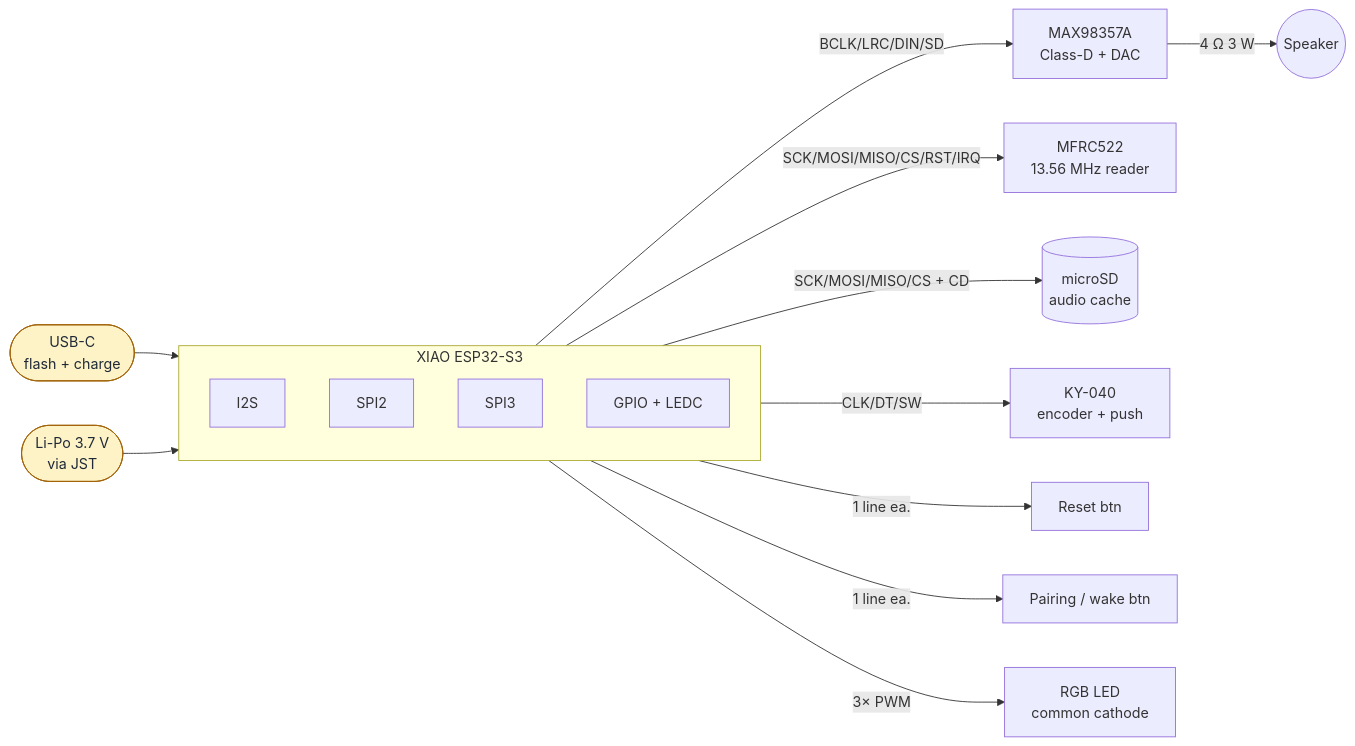
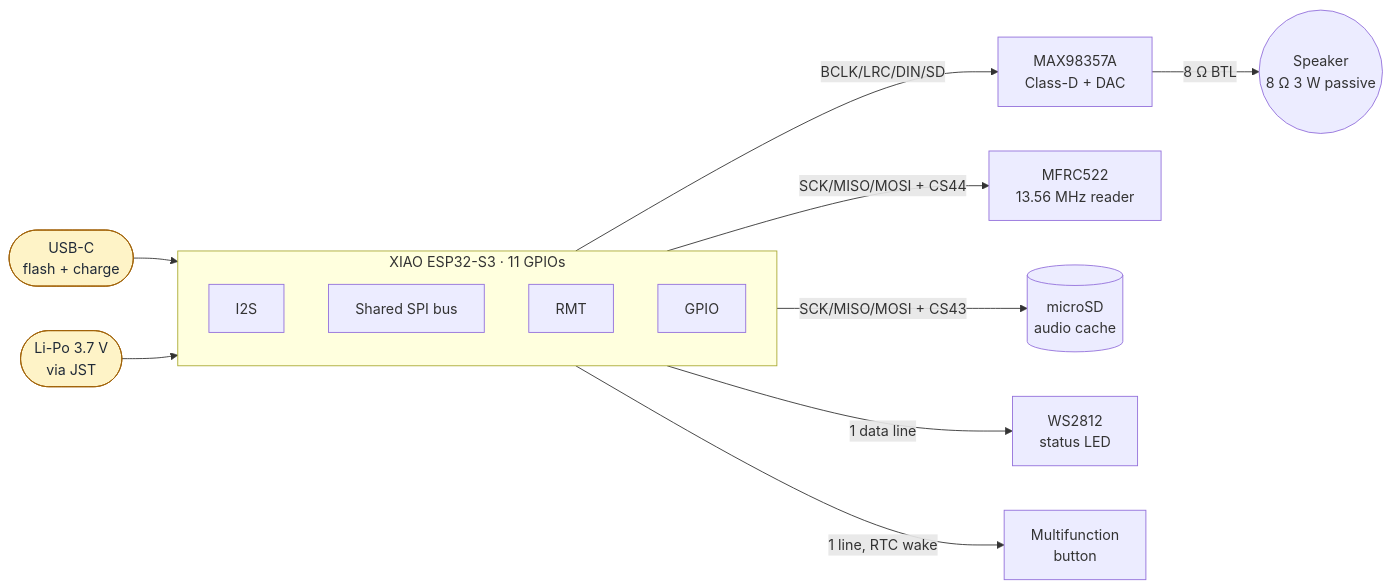
The diagram in docs/HARDWARE.md (open-hush/hush-device), drawn with Mermaid before and after one commit. The commit also changed other lines of this file and 17 other files, not shown here.

First line of the commit message:
fix(hw): reconcile pin map, drivers and docs to the real XIAO ESP32-S3 (v1)

````diff
--- a/docs/HARDWARE.md
+++ b/docs/HARDWARE.md
@@ -16,24 +18,22 @@
 ```mermaid
 flowchart LR
     USB([USB-C<br/>flash + charge]):::power --> XIAO
     BAT([Li-Po 3.7 V<br/>via JST]):::power --> XIAO
 
-    subgraph XIAO[XIAO ESP32-S3]
+    subgraph XIAO[XIAO ESP32-S3 · 11 GPIOs]
         direction TB
         I2S[I2S]
-        SPI2[SPI2]
-        SPI3[SPI3]
-        GPIO[GPIO + LEDC]
+        SPI[Shared SPI bus]
+        RMT[RMT]
+        GPIO[GPIO]
     end
 
-    I2S  -- BCLK/LRC/DIN/SD --> AMP[MAX98357A<br/>Class-D + DAC]
-    AMP  -- 4 Ω 3 W --> SPK((Speaker))
-    SPI2 -- SCK/MOSI/MISO/CS/RST/IRQ --> RFID[MFRC522<br/>13.56 MHz reader]
-    SPI3 -- SCK/MOSI/MISO/CS + CD --> SD[(microSD<br/>audio cache)]
-    GPIO -- CLK/DT/SW --> ENC[KY-040<br/>encoder + push]
-    GPIO -- 1 line ea. --> BTN_R[Reset btn]
-    GPIO -- 1 line ea. --> BTN_P[Pairing / wake btn]
-    GPIO -- 3× PWM --> LED[RGB LED<br/>common cathode]
+    I2S -- BCLK/LRC/DIN/SD --> AMP[MAX98357A<br/>Class-D + DAC]
+    AMP -- 8 Ω BTL --> SPK((Speaker<br/>8 Ω 3 W passive))
+    SPI -- SCK/MISO/MOSI + CS44 --> RFID[MFRC522<br/>13.56 MHz reader]
+    SPI -- SCK/MISO/MOSI + CS43 --> SD[(microSD<br/>audio cache)]
+    RMT -- 1 data line --> LED[WS2812<br/>status LED]
+    GPIO -- 1 line, RTC wake --> BTN[Multifunction<br/>button]
 
     classDef power fill:#fef3c7,stroke:#a16207,color:#1f2937;
 ```
````
